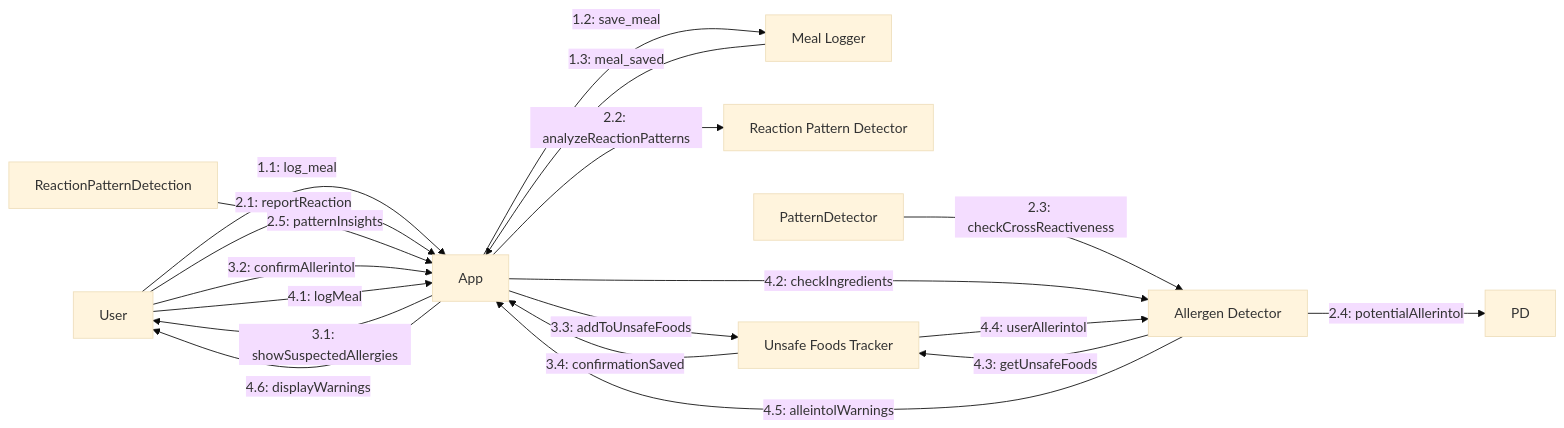
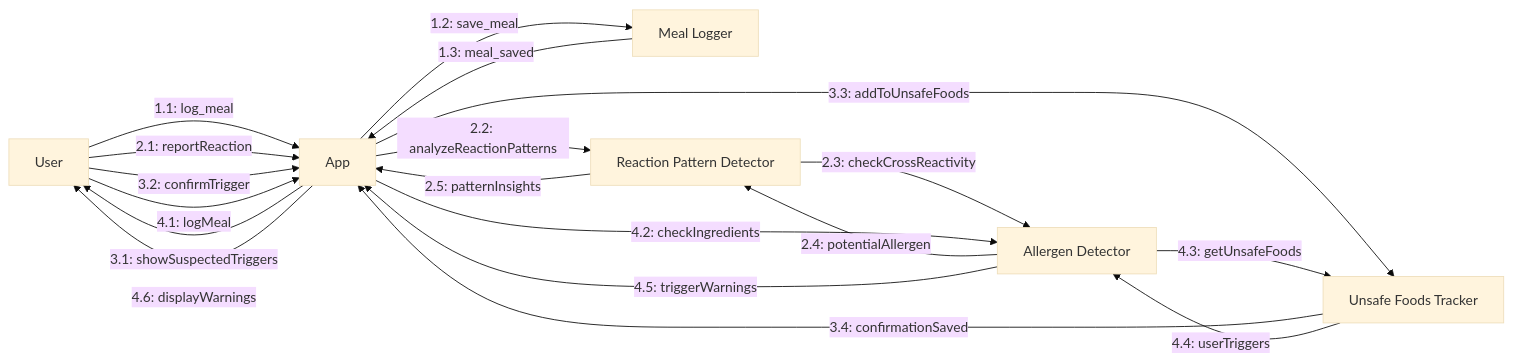
Before and after one commit to Sha3-git/TasteBud: the diagram in documentation/design/Communication diagram.md, drawn with Mermaid (base theme).

Commit message:
Update communication diagram for allergen detection
please note that: cross-reactivity (step 2.3) only applies to protein-based allergens, not FODMAPs

Fixed naming inconsistencies (PatternDetector > RD, ReactionPatternDetection > RD)

Fixed undefined PD > RD

Changed "allerintol" to "trigger" (more generic, covers allergens + FODMAPs + intolerances)

Added the same note about cross-reactivity scope , edit it and you should see %% at the bottom

````diff
--- a/documentation/design/Communication diagram.md
+++ b/documentation/design/Communication diagram.md
@@ -2,25 +2,27 @@
 ```mermaid
 graph LR
     U[User] -- 1.1: log_meal --> TB[App]
     TB -- 1.2: save_meal --> ML[Meal Logger]
     ML -- 1.3: meal_saved --> TB
     
     U -- 2.1: reportReaction --> TB
     TB -- 2.2: analyzeReactionPatterns --> RD[Reaction Pattern Detector]
-    PatternDetector -- 2.3: checkCrossReactiveness --> AD[Allergen Detector]
-    AD -- 2.4: potentialAllerintol --> PD
-    ReactionPatternDetection -- 2.5: patternInsights --> TB
+    RD -- 2.3: checkCrossReactivity --> AD[Allergen Detector]
+    AD -- 2.4: potentialAllergen --> RD
+    RD -- 2.5: patternInsights --> TB
     
-    TB -- 3.1: showSuspectedAllergies --> U
-    U -- 3.2: confirmAllerintol --> TB
+    TB -- 3.1: showSuspectedTriggers --> U
+    U -- 3.2: confirmTrigger --> TB
     TB -- 3.3: addToUnsafeFoods --> UF[Unsafe Foods Tracker]
     UF -- 3.4: confirmationSaved --> TB
     
     U -- 4.1: logMeal --> TB
     TB -- 4.2: checkIngredients --> AD
     AD -- 4.3: getUnsafeFoods --> UF
-    UF -- 4.4: userAllerintol --> AD
-    AD -- 4.5: alleintolWarnings --> TB
+    UF -- 4.4: userTriggers --> AD
+    AD -- 4.5: triggerWarnings --> TB
     TB -- 4.6: displayWarnings --> U
 
+   %%Note: Cross-reactivity (step 2.3) only applies to protein-based allergens, not FODMAPs
+
 ```
````
